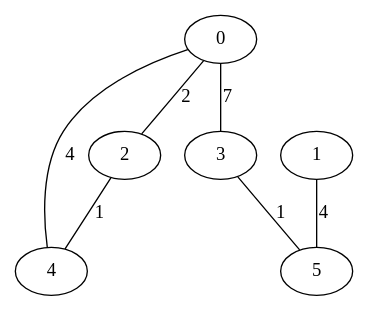
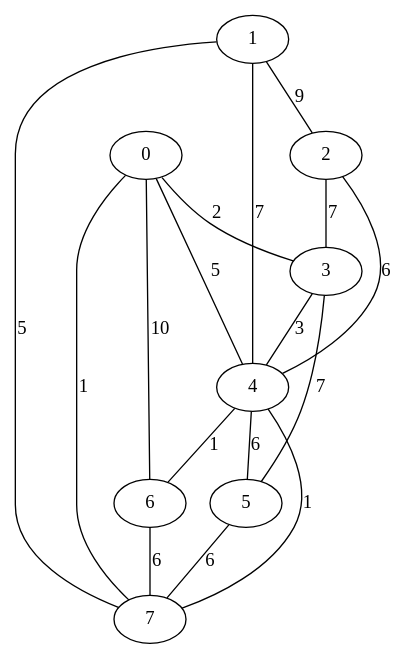
Before and after one commit to lucasszanotelli/TPA: the diagram in grafos/arquivos/grafoAleatorio.dot, drawn with Graphviz. The commit also changed 7 other files, not shown here.

```diff
--- a/grafos/arquivos/grafoAleatorio.dot
+++ b/grafos/arquivos/grafoAleatorio.dot
@@ -1,14 +1,26 @@
 graph G {
-    0;
-    1;
-    2;
-    3;
-    4;
-    5;
-    0 -- 2 [label=2, weight=2];
-    0 -- 3 [label=7, weight=7];
-    0 -- 4 [label=4, weight=4];
-    1 -- 5 [label=4, weight=4];
-    2 -- 4 [label=1, weight=1];
-    3 -- 5 [label=1, weight=1];
+    0 [color=black];
+    1 [color=black];
+    2 [color=black];
+    3 [color=black];
+    4 [color=black];
+    5 [color=black];
+    6 [color=black];
+    7 [color=black];
+0 -- 3 [label="2"];
+0 -- 6 [label="10"];
+0 -- 7 [label="1"];
+0 -- 4 [label="5"];
+1 -- 7 [label="5"];
+1 -- 4 [label="7"];
+1 -- 2 [label="9"];
+2 -- 3 [label="7"];
+2 -- 4 [label="6"];
+3 -- 4 [label="3"];
+3 -- 5 [label="7"];
+4 -- 7 [label="1"];
+4 -- 6 [label="1"];
+4 -- 5 [label="6"];
+5 -- 7 [label="6"];
+6 -- 7 [label="6"];
 }
```
